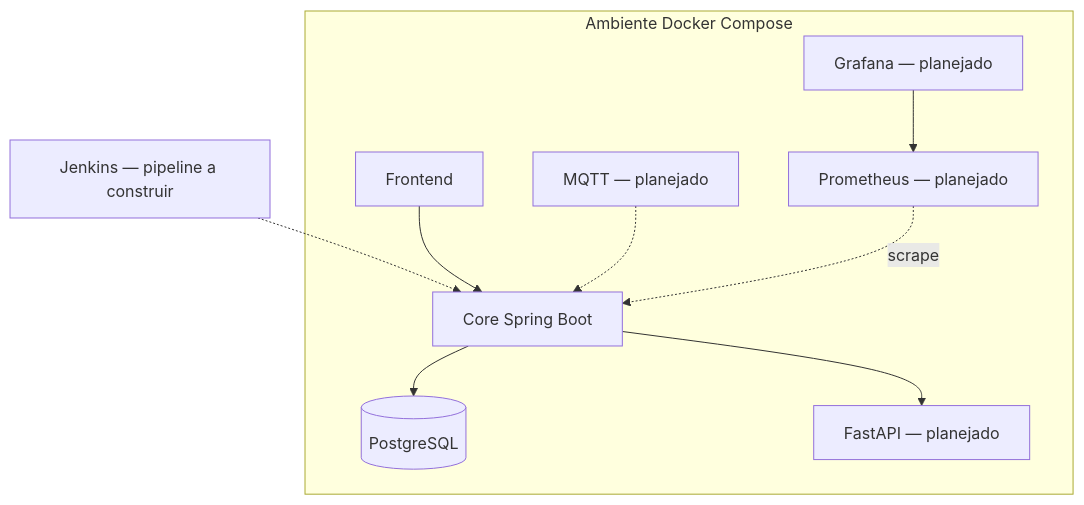
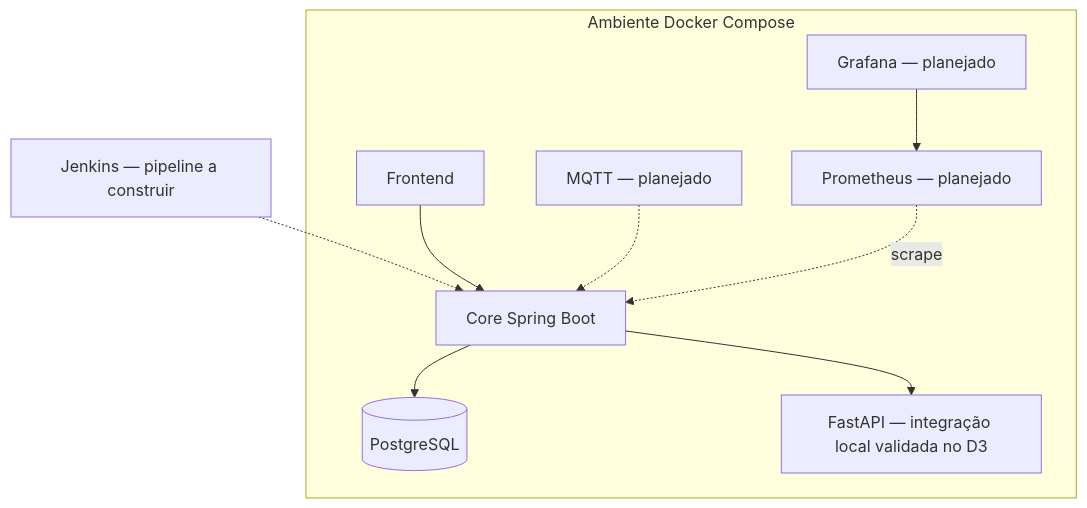
One commit to MjDutil/DevOps-Project changed the fourth of 4 diagrams in docs/arquitetura/diagramas.md. Above: the diagram before and after it, drawn with Mermaid. The commit also changed other lines of this file and 27 other files, not shown here.

Commit message:
docs: finalize D3 evidence and simplify Architecture Lab README

````diff
--- a/docs/arquitetura/diagramas.md
+++ b/docs/arquitetura/diagramas.md
@@ -59,19 +71,19 @@
 ```mermaid
 flowchart TB
     j[Jenkins — pipeline a construir] -.-> core
     subgraph d[Ambiente Docker Compose]
        fe[Frontend]
        core[Core Spring Boot]
        pg[(PostgreSQL)]
-       py[FastAPI — planejado]
+       py[FastAPI — integração local validada no D3]
        mqtt[MQTT — planejado]
        prom[Prometheus — planejado]
        graf[Grafana — planejado]
        fe --> core
        core --> pg
        core --> py
        mqtt -.-> core
        prom -.->|scrape| core
        graf --> prom
     end
 ```
````
